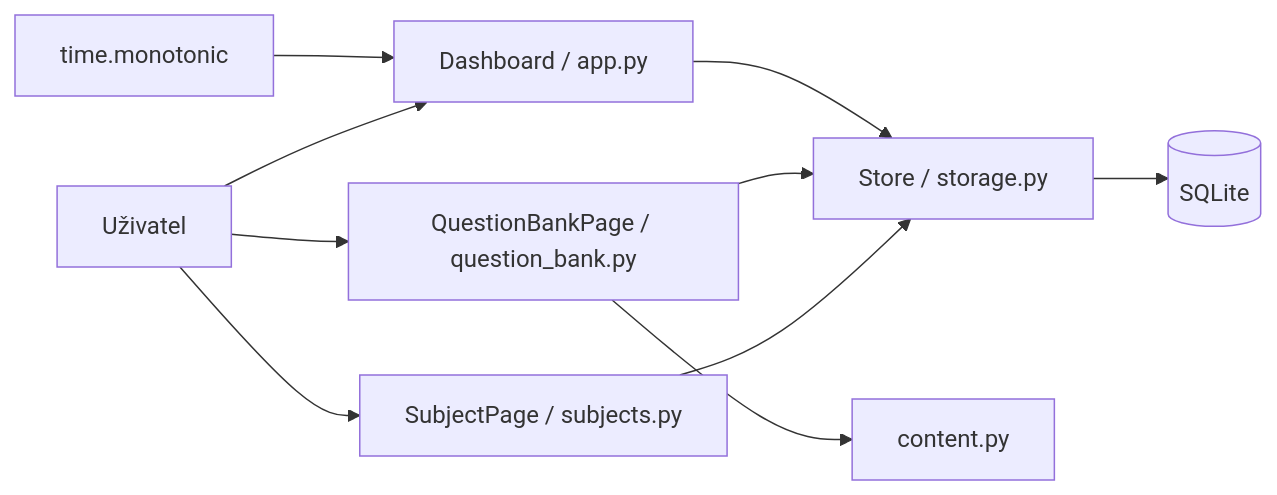
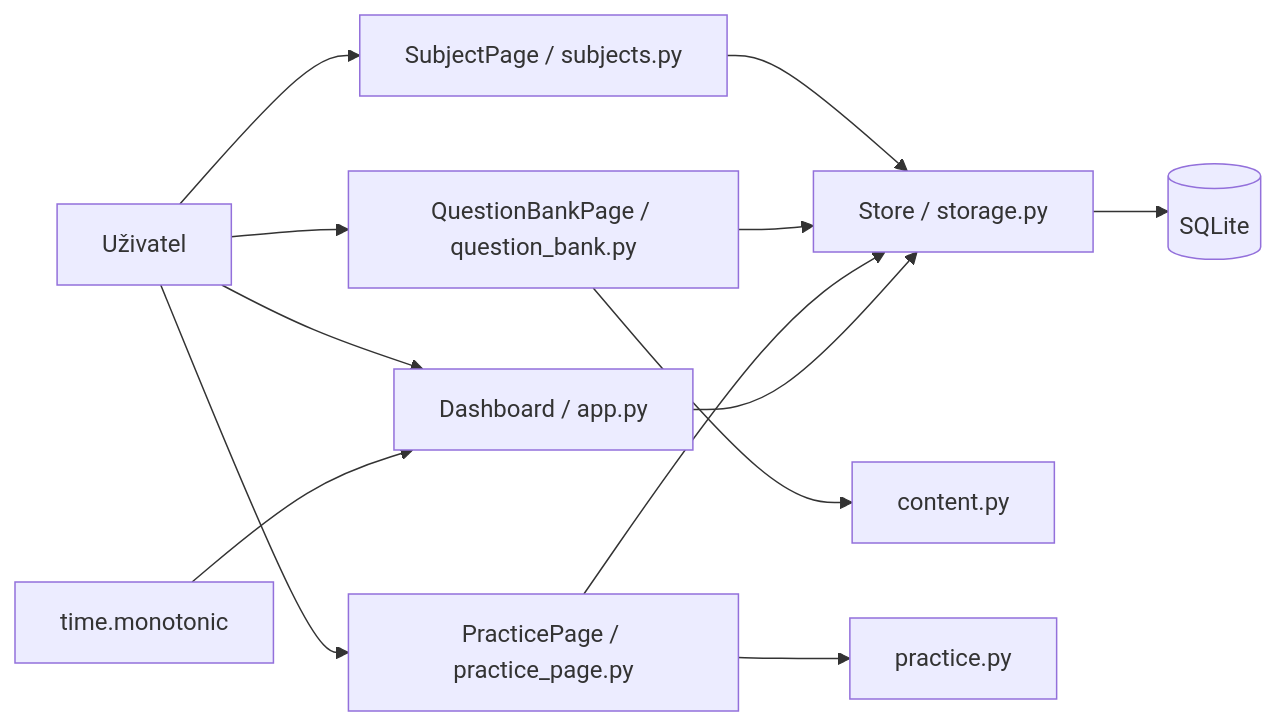
Before and after one commit to turcinv/SOSkuska: the diagram in docs/CURRENT_ARCHITECTURE.md, drawn with Mermaid. The commit also changed other lines of this file and 33 other files, not shown here.

````diff
--- a/docs/CURRENT_ARCHITECTURE.md
+++ b/docs/CURRENT_ARCHITECTURE.md
@@ -21,12 +21,15 @@
 ```mermaid
 flowchart LR
     User[Uživatel] --> Dashboard[Dashboard / app.py]
     User --> Subjects[SubjectPage / subjects.py]
     Subjects --> Store[Store / storage.py]
     User --> Questions[QuestionBankPage / question_bank.py]
     Questions --> Validation[content.py]
     Questions --> Store
+    User --> Practice[PracticePage / practice_page.py]
+    Practice --> Rules[practice.py]
+    Practice --> Store
     Dashboard --> Store
     Store --> DB[(SQLite)]
     Clock[time.monotonic] --> Dashboard
 ```
````
